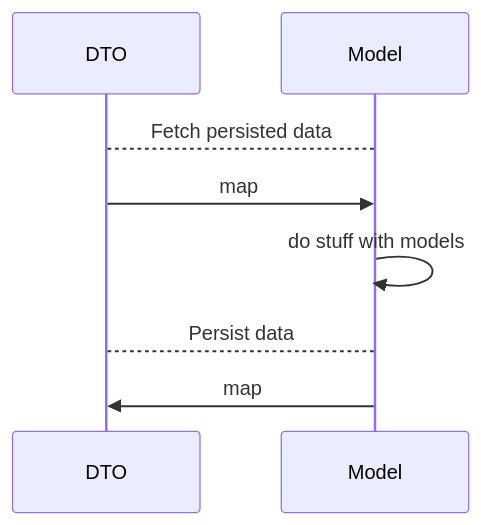
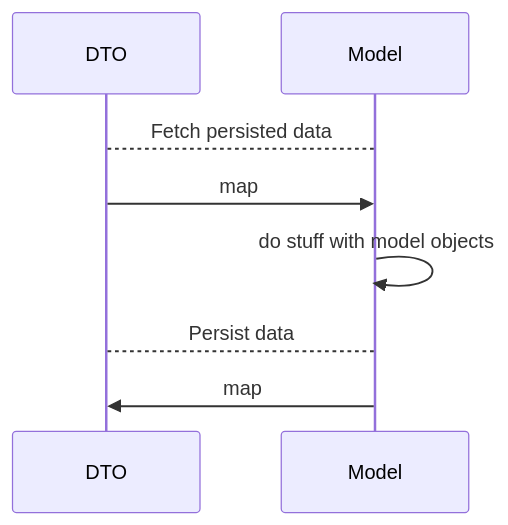
Before and after one commit to victor-yn/realm-ready: the diagram in README.md, drawn with Mermaid. The commit also changed other lines of this file and 1 other file, not shown here.

````diff
--- a/README.md
+++ b/README.md
@@ -23,8 +32,8 @@
 ```mermaid
 sequenceDiagram
 DTO-->Model: Fetch persisted data
 DTO ->> Model: map
-Model ->> Model: do stuff with models
+Model ->> Model: do stuff with model objects
 DTO-->Model: Persist data
 Model ->> DTO: map
 ```
````
